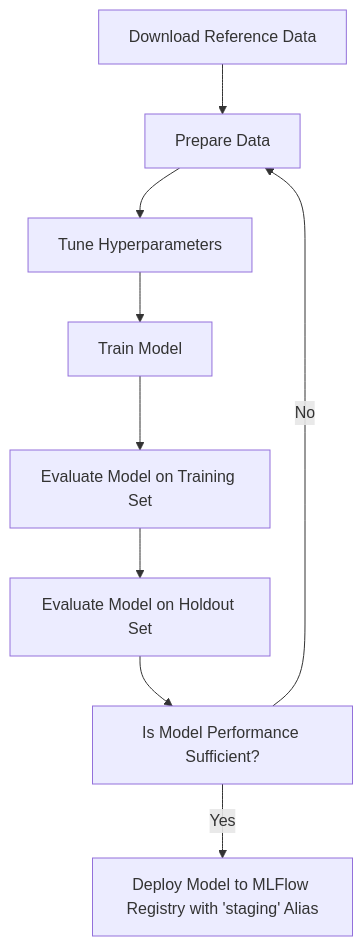
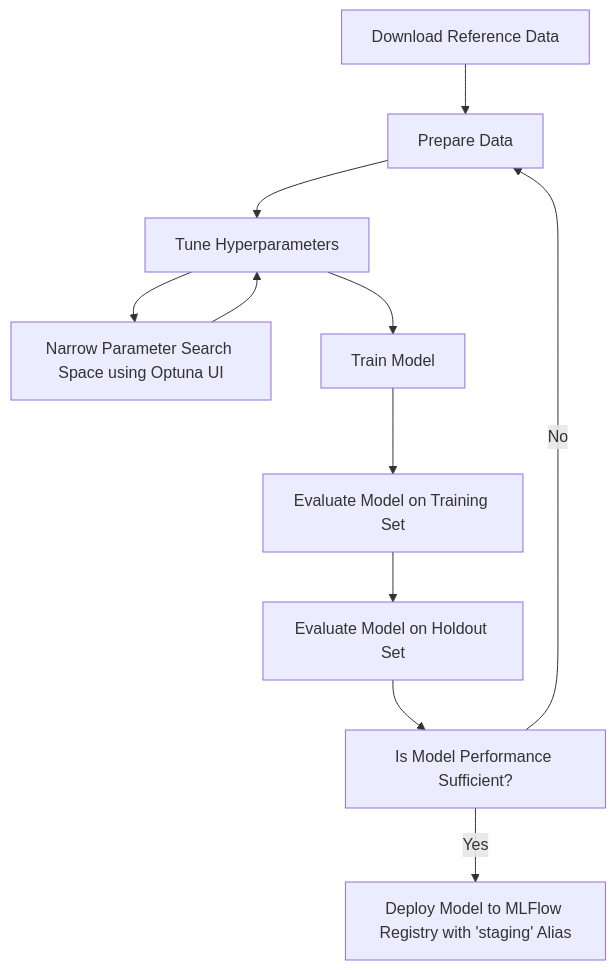
One commit to paultongyoo/churn-model-evaluation-platform changed the first of 3 diagrams in README.md. Above: the diagram before and after it, drawn with Mermaid.

````diff
--- a/README.md
+++ b/README.md
@@ -65,14 +65,16 @@
 ```mermaid
 flowchart TD
     A[Download Reference Data]
     B[Prepare Data]
     C[Tune Hyperparameters]
-    D[Train Model]
-    E[Evaluate Model on Training Set]
-    F[Evaluate Model on Holdout Set]
-    G[Is Model Performance Sufficient?]
-    H[Deploy Model to MLFlow Registry with 'staging' Alias]
-    A --> B --> C --> D --> E --> F --> G;
-    G --> |Yes| H;
-    G --> |No| B;
+    D[Narrow Parameter Search Space using Optuna UI]
+    E[Train Model]
+    F[Evaluate Model on Training Set]
+    G[Evaluate Model on Holdout Set]
+    H[Is Model Performance Sufficient?]
+    I[Deploy Model to MLFlow Registry with 'staging' Alias]
+    A --> B --> C --> E --> F --> G --> H;
+    C --> D --> C;
+    H --> |Yes| I;
+    H --> |No| B;
 ```
````
